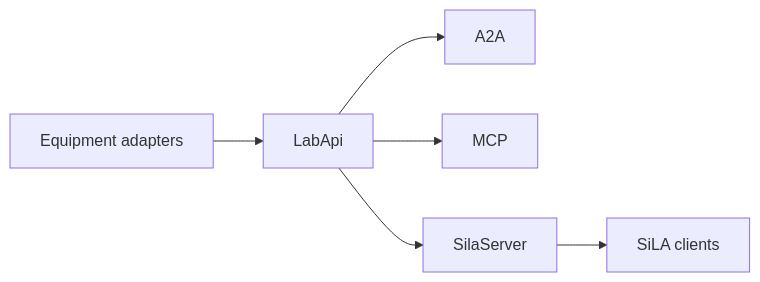
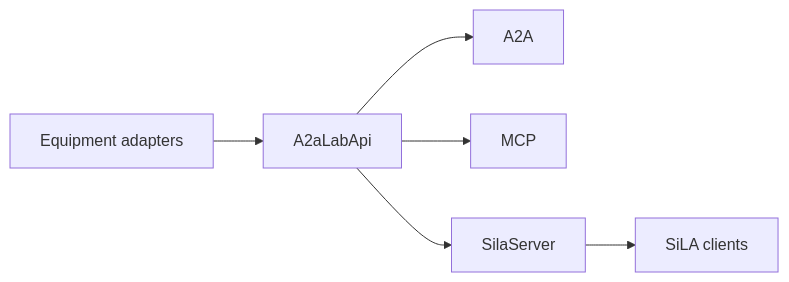
The diagram in backlog/docs/reference/sila-2/doc-8 - SiLA-2.md (A3Analytics/a2a-lab-dev-kit-rs), drawn with Mermaid before and after one commit. The commit also changed other lines of this file and 25 other files, not shown here.

First line of the commit message:
Update documentation and code references to standardize on A2aLabApi and related types

````diff
--- a/backlog/docs/reference/sila-2/doc-8 - SiLA-2.md
+++ b/backlog/docs/reference/sila-2/doc-8 - SiLA-2.md
@@ -17,10 +17,10 @@
 ```mermaid
 flowchart LR
   accTitle: Shared lab interface
-  accDescr: Equipment adapters feed LabApi. LabApi serves A2A, MCP, and SilaServer. SilaServer serves SiLA clients.
-  adapters["Equipment adapters"] --> lab["LabApi"]
+  accDescr: Equipment adapters feed A2aLabApi. A2aLabApi serves A2A, MCP, and SilaServer. SilaServer serves SiLA clients.
+  adapters["Equipment adapters"] --> lab["A2aLabApi"]
   lab --> a2a["A2A"]
   lab --> mcp["MCP"]
   lab --> sila["SilaServer"]
   sila --> clients["SiLA clients"]
 ```
````
